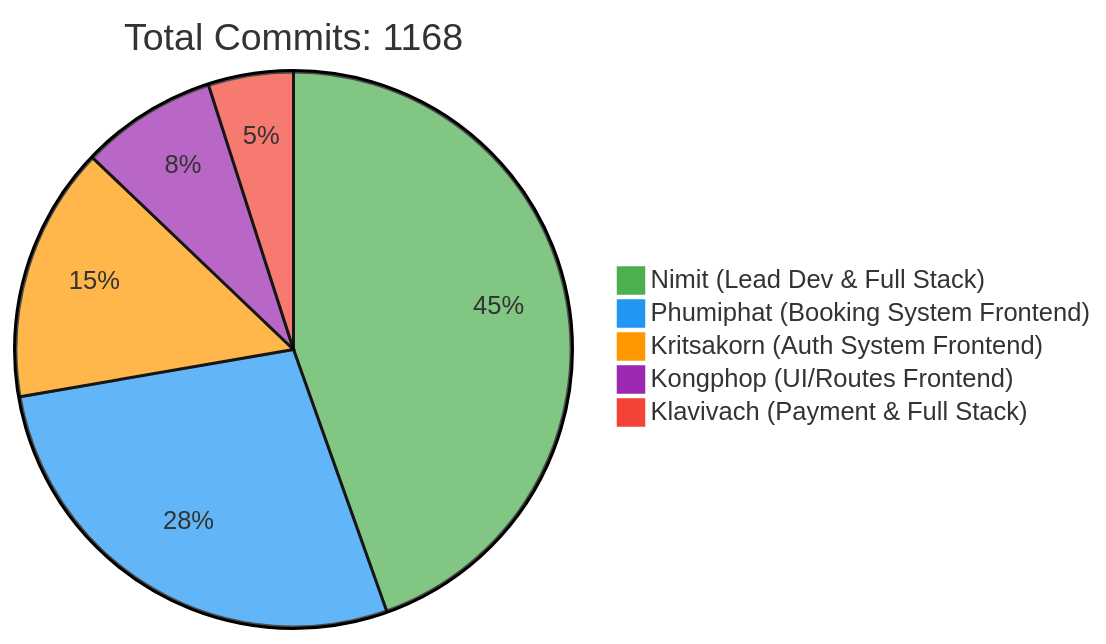
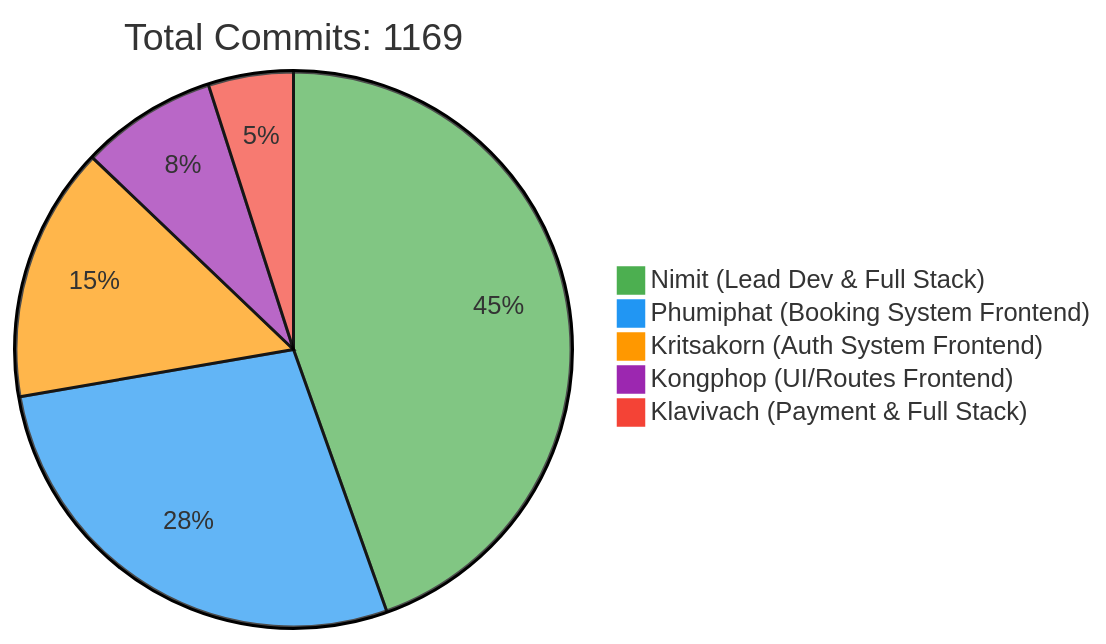
The first of 2 diagrams in README.md (6531503042/Sport-Complex), drawn with Mermaid before and after one commit. The commit also changed other lines of this file, not shown here.

Commit message:
docs: Update contributor statistics [skip ci]

````diff
--- a/README.md
+++ b/README.md
@@ -257,10 +257,10 @@
 ```mermaid
 %%{init: {'theme': 'base', 'themeVariables': { 'pie1': '#4CAF50', 'pie2': '#2196F3', 'pie3': '#FF9800', 'pie4': '#9C27B0', 'pie5': '#F44336'}}}%%
 pie
-    title Total Commits: 1168
+    title Total Commits: 1169
     "Nimit (Lead Dev & Full Stack)" : 450
     "Phumiphat (Booking System Frontend)" : 280
     "Kritsakorn (Auth System Frontend)" : 150
     "Kongphop (UI/Routes Frontend)" : 80
     "Klavivach (Payment & Full Stack)" : 50
 ```
````
